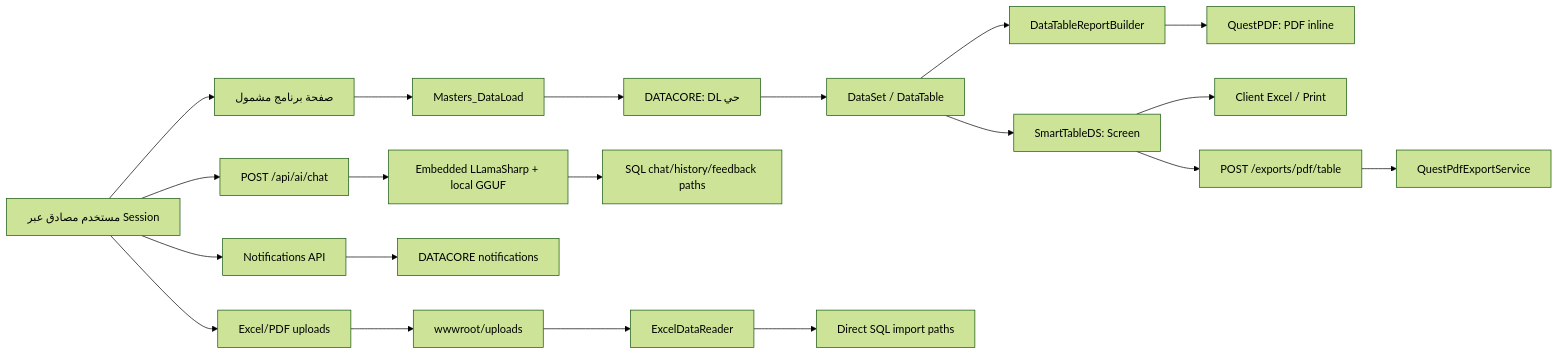
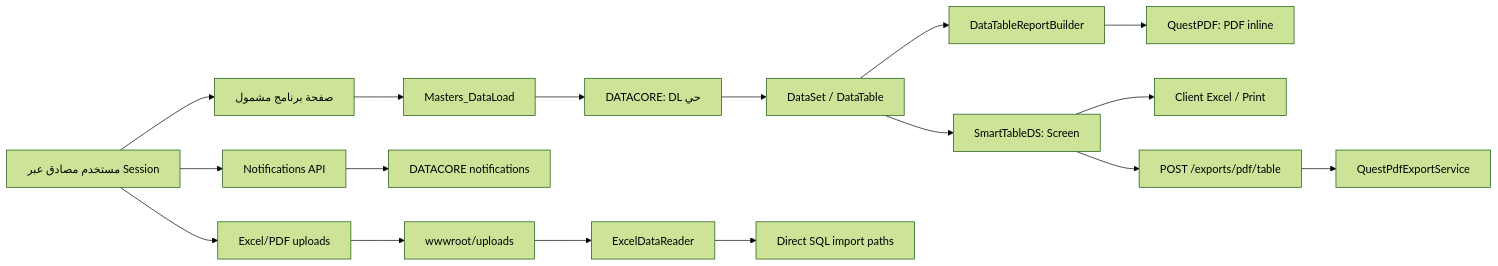
The diagram in Documentation/Diagrams/21-Reports-and-Integrations-Flows.md (X5B00D/SmartFoundation), drawn with Mermaid (forest theme) before and after one commit. The commit also changed 145 other files, not shown here.

````diff
--- a/Documentation/Diagrams/21-Reports-and-Integrations-Flows.md
+++ b/Documentation/Diagrams/21-Reports-and-Integrations-Flows.md
@@ -3,25 +3,21 @@
 ```mermaid
 flowchart LR
     U["مستخدم مصادق عبر Session"] --> P["صفحة برنامج مشمول"]
     P --> G["Masters_DataLoad"]
     G --> D["DATACORE: DL حي"]
     D --> T["DataSet / DataTable"]
     T --> S["SmartTableDS: Screen"]
     T --> Q["DataTableReportBuilder"]
     Q --> PDF["QuestPDF: PDF inline"]
     S --> X["Client Excel / Print"]
     S --> E["POST /exports/pdf/table"]
     E --> PDF2["QuestPdfExportService"]
 
-    U --> AI["POST /api/ai/chat"]
-    AI --> L["Embedded LLamaSharp + local GGUF"]
-    L --> AH["SQL chat/history/feedback paths"]
-
     U --> N["Notifications API"]
     N --> ND["DATACORE notifications"]
 
     U --> UP["Excel/PDF uploads"]
     UP --> FS["wwwroot/uploads"]
     FS --> XR["ExcelDataReader"]
     XR --> IMP["Direct SQL import paths"]
 ```
````
